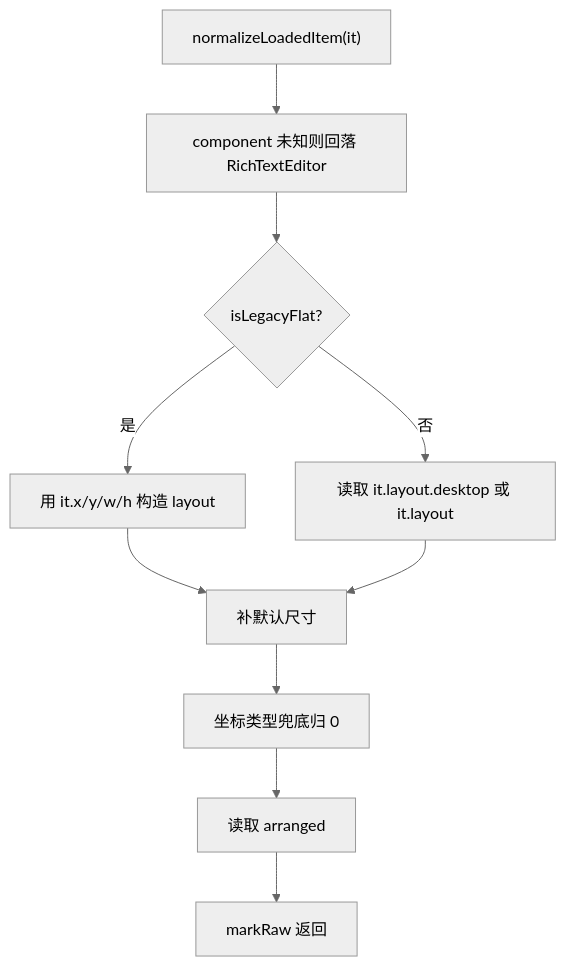
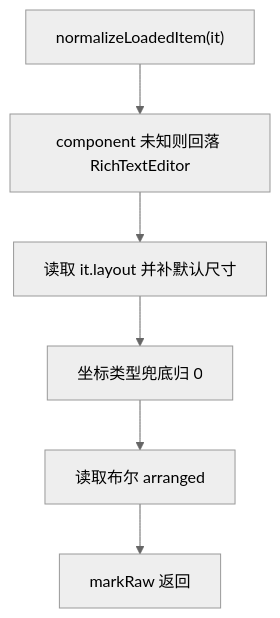
Before and after one commit to LogicAurora/Mindrizzle: the third of 5 diagrams in src/docs/flow/08-save-load.md, drawn with Mermaid (neutral theme). The commit also changed other lines of this file and 21 other files, not shown here.

````diff
--- a/src/docs/flow/08-save-load.md
+++ b/src/docs/flow/08-save-load.md
@@ -40,12 +40,8 @@
 ```mermaid
 flowchart TD
   A["normalizeLoadedItem(it)"] --> B["component 未知则回落 RichTextEditor"]
-  B --> C{"isLegacyFlat?"}
-  C -->|是| D["用 it.x/y/w/h 构造 layout"]
-  C -->|否| E["读取 it.layout.desktop 或 it.layout"]
-  D --> F["补默认尺寸"]
-  E --> F
-  F --> G["坐标类型兜底归 0"]
-  G --> H["读取 arranged"]
-  H --> I["markRaw 返回"]
+  B --> C["读取 it.layout 并补默认尺寸"]
+  C --> D["坐标类型兜底归 0"]
+  D --> E["读取布尔 arranged"]
+  E --> F["markRaw 返回"]
 ```
````
